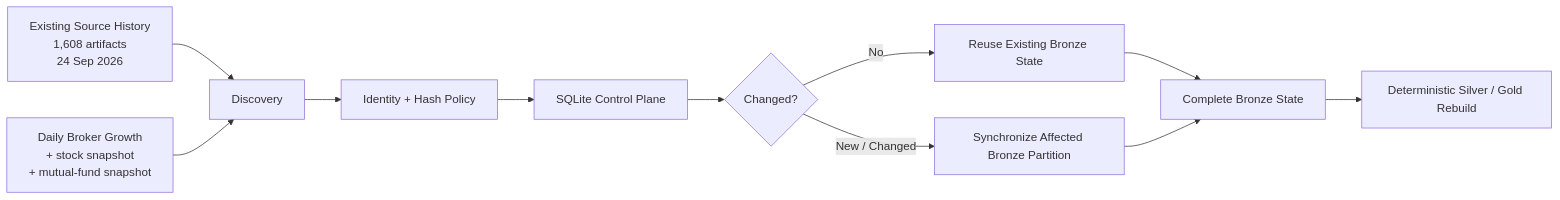
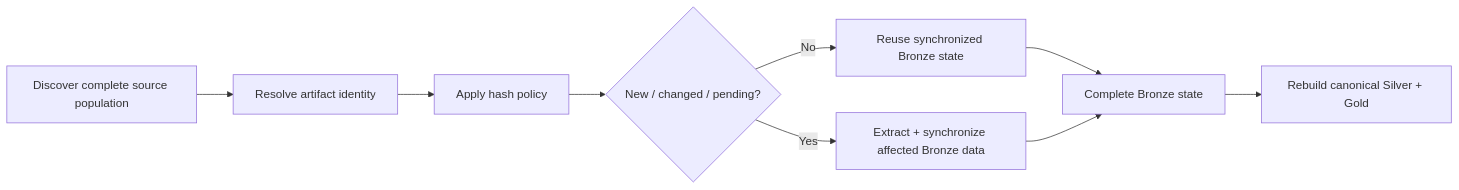
Before and after one commit to tks18/personal-finance-etl: the second of 20 diagrams in README.md, drawn with Mermaid. The commit also changed other lines of this file, not shown here.

````diff
--- a/README.md
+++ b/README.md
@@ -138,13 +114,11 @@
 ```mermaid
 flowchart LR
-    HIST["Existing Source History<br/>1,608 artifacts<br/>24 Sep 2026"] --> DISC["Discovery"]
-    DAILY["Daily Broker Growth<br/>+ stock snapshot<br/>+ mutual-fund snapshot"] --> DISC
-    DISC --> HASH["Identity + Hash Policy"]
-    HASH --> CP["SQLite Control Plane"]
-    CP --> ACT{"Changed?"}
-    ACT -->|"No"| SKIP["Reuse Existing Bronze State"]
-    ACT -->|"New / Changed"| BR["Synchronize Affected Bronze Partition"]
-    SKIP --> FULL["Complete Bronze State"]
-    BR --> FULL
-    FULL --> REBUILD["Deterministic Silver / Gold Rebuild"]
+    ALL["Discover complete source population"] --> ID["Resolve artifact identity"]
+    ID --> HASH["Apply hash policy"]
+    HASH --> CHG{"New / changed / pending?"}
+    CHG -->|No| KEEP["Reuse synchronized Bronze state"]
+    CHG -->|Yes| ING["Extract + synchronize affected Bronze data"]
+    KEEP --> FULL["Complete Bronze state"]
+    ING --> FULL
+    FULL --> REBUILD["Rebuild canonical Silver + Gold"]
 ```
````
